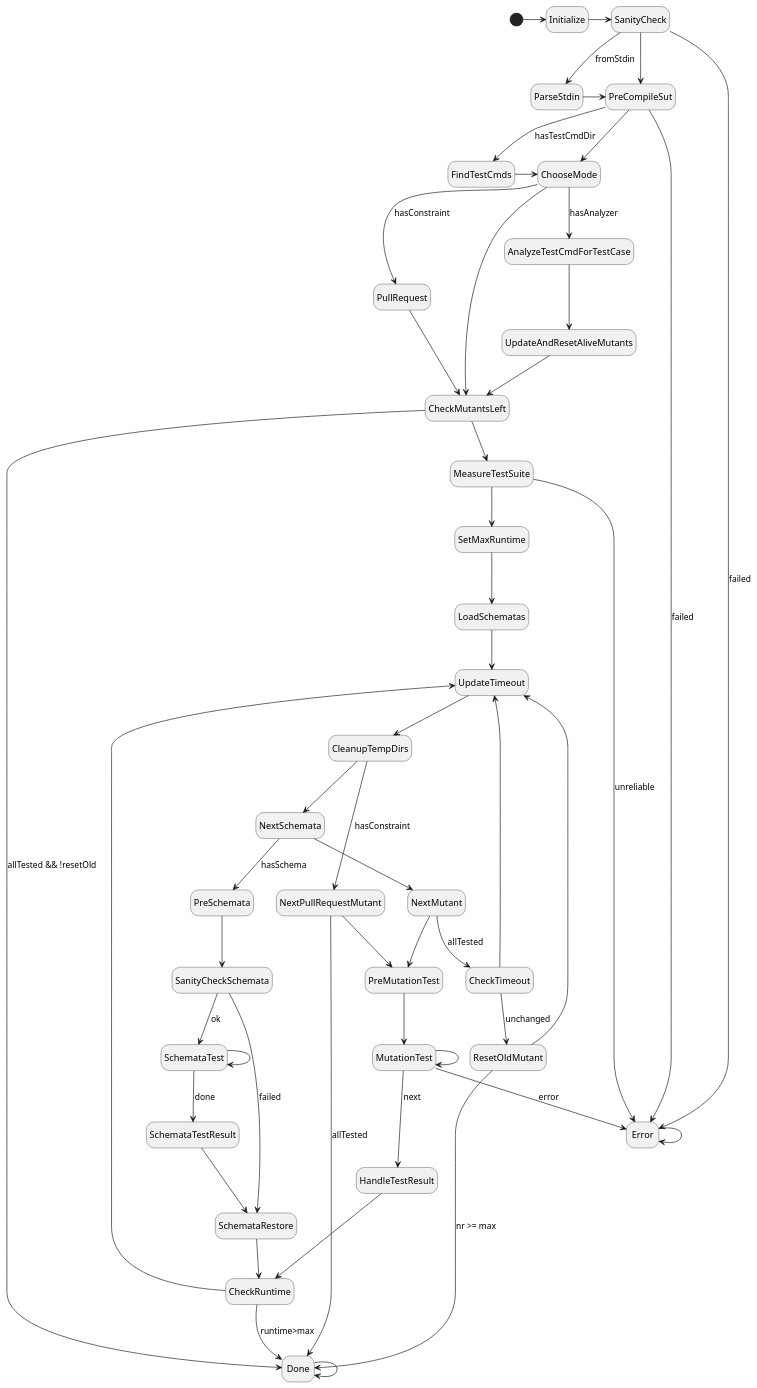
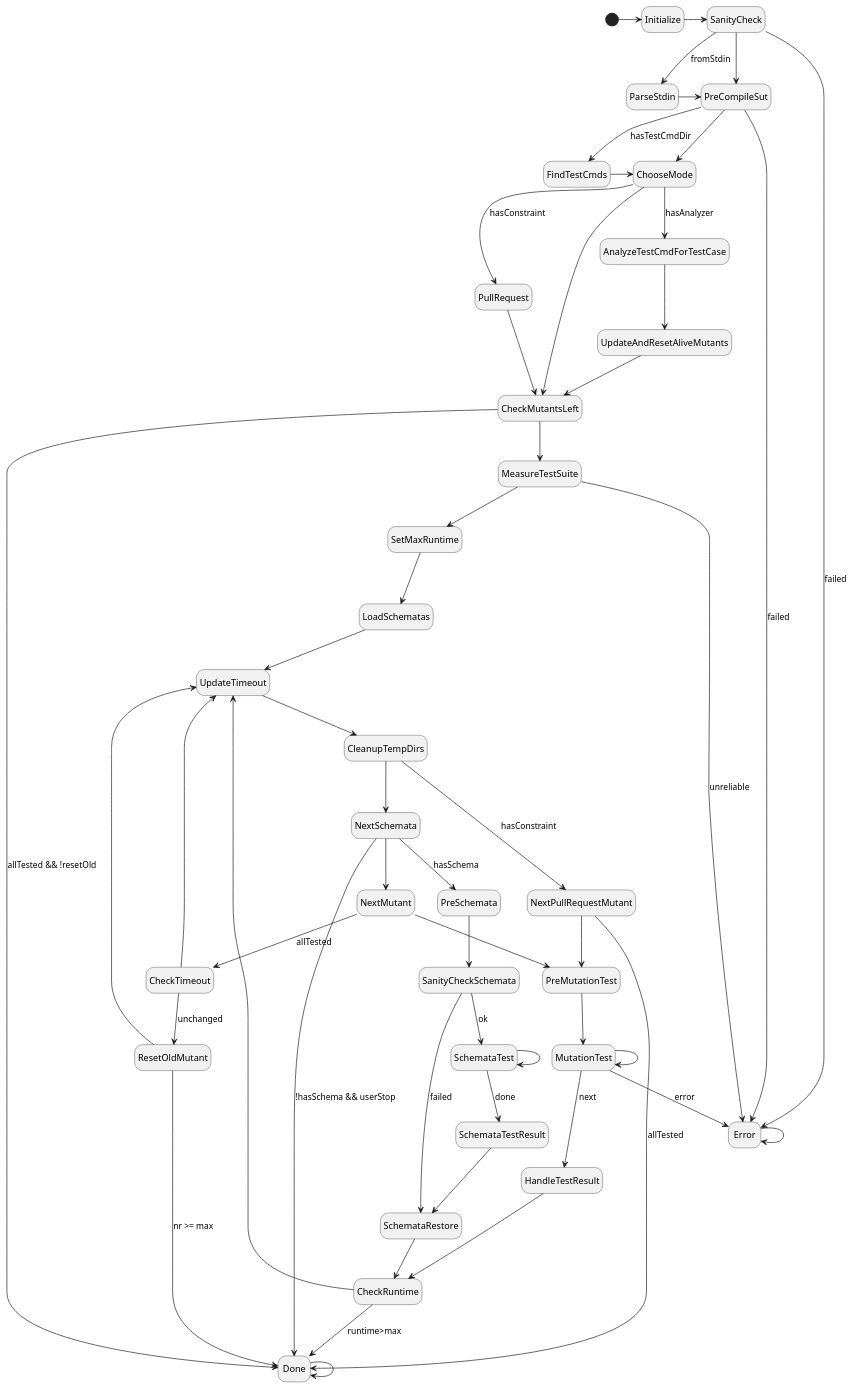
One commit to joakim-brannstrom/dextool changed the diagram in plugin/mutate/doc/design/figures/test_mutant_fsm.pu. Above: the diagram before and after it, drawn with PlantUML. The commit also changed 4 other files, not shown here.

Commit message:
mutate: add a CLI switch to stop after all schemas have been executed

```diff
--- a/plugin/mutate/doc/design/figures/test_mutant_fsm.pu
+++ b/plugin/mutate/doc/design/figures/test_mutant_fsm.pu
@@ -1,79 +1,80 @@
 @startuml
 hide empty description
 
 [*] -> Initialize
 
 Initialize -> SanityCheck
 
 SanityCheck --> Error : failed
 SanityCheck --> ParseStdin : fromStdin
 SanityCheck -> PreCompileSut
 
 ParseStdin -> PreCompileSut
 
 PreCompileSut --> Error : failed
 PreCompileSut --> FindTestCmds : hasTestCmdDir
 PreCompileSut --> ChooseMode
 
 FindTestCmds -> ChooseMode
 
 ChooseMode --> AnalyzeTestCmdForTestCase : hasAnalyzer
 ChooseMode --> PullRequest : hasConstraint
 ChooseMode --> CheckMutantsLeft
 
 PullRequest -> CheckMutantsLeft
 
 AnalyzeTestCmdForTestCase --> UpdateAndResetAliveMutants
 
 UpdateAndResetAliveMutants --> CheckMutantsLeft
 
 UpdateTimeout --> CleanupTempDirs
 
 CleanupTempDirs --> NextSchemata
 CleanupTempDirs --> NextPullRequestMutant : hasConstraint
 
 CheckMutantsLeft --> Done : allTested && !resetOld
 CheckMutantsLeft --> MeasureTestSuite
 
 MeasureTestSuite --> Error : unreliable
 MeasureTestSuite --> SetMaxRuntime
 
 SetMaxRuntime --> LoadSchematas
 
 LoadSchematas --> UpdateTimeout
 
 CheckRuntime --> UpdateTimeout
 CheckRuntime --> Done : runtime>max
 
 NextPullRequestMutant --> PreMutationTest
 NextPullRequestMutant --> Done : allTested
 
 NextSchemata --> PreSchemata : hasSchema
+NextSchemata --> Done : !hasSchema && userStop
 NextSchemata --> NextMutant
 PreSchemata --> SanityCheckSchemata
 SanityCheckSchemata --> SchemataRestore : failed
 SanityCheckSchemata --> SchemataTest : ok
 SchemataTest --> SchemataTest
 SchemataTest --> SchemataTestResult : done
 SchemataTestResult --> SchemataRestore
 SchemataRestore --> CheckRuntime
 
 NextMutant --> CheckTimeout : allTested
 NextMutant --> PreMutationTest
 PreMutationTest --> MutationTest
 MutationTest --> HandleTestResult : next
 MutationTest --> Error : error
 MutationTest --> MutationTest
 
 HandleTestResult --> CheckRuntime
 
 CheckTimeout --> ResetOldMutant : unchanged
 CheckTimeout --> UpdateTimeout
 
 ResetOldMutant --> UpdateTimeout
 ResetOldMutant --> Done : nr >= max
 
 Done --> Done
 
 Error --> Error
 @enduml
```
